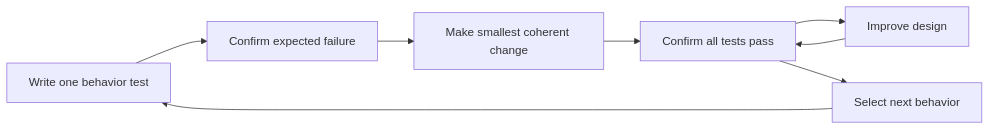
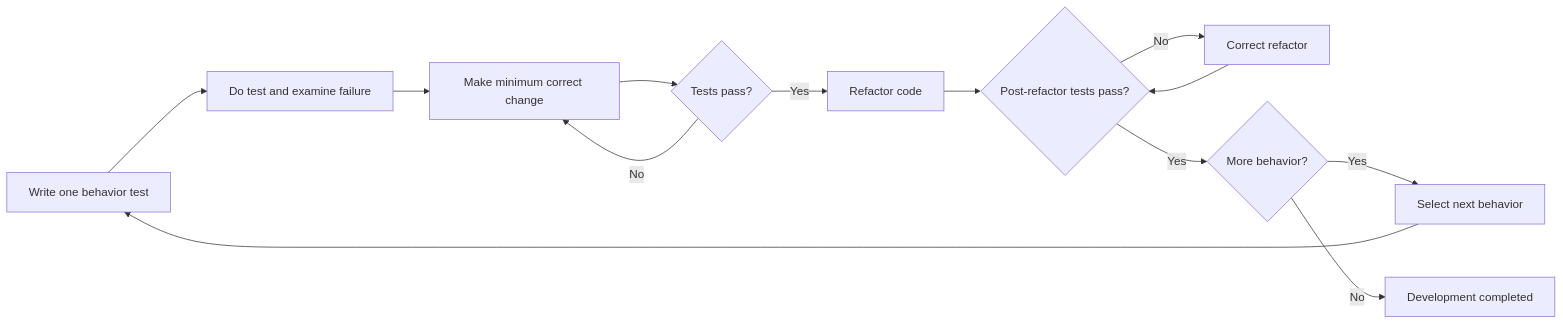
The diagram in docs/principles/details/p091-test-driven-development.md (HomericIntelligence/Athena), drawn with Mermaid before and after one commit. The commit also changed other lines of this file and 91 other files, not shown here.

````diff
--- a/docs/principles/details/p091-test-driven-development.md
+++ b/docs/principles/details/p091-test-driven-development.md
@@ -38,10 +39,15 @@
 ```mermaid
 flowchart LR
-    A["Write one behavior test"] --> B["Confirm expected failure"]
-    B --> C["Make smallest coherent change"]
-    C --> D["Confirm all tests pass"]
-    D --> E["Improve design"]
-    E --> D
-    D --> F["Select next behavior"]
+    A["Write one behavior test"] --> B["Do test and examine failure"]
+    B --> C["Make minimum correct change"]
+    C --> D{"Tests pass?"}
+    D -->|No| C
+    D -->|Yes| E["Refactor code"]
+    E --> G{"Post-refactor tests pass?"}
+    G -->|No| H["Correct refactor"]
+    H --> G
+    G -->|Yes| I{"More behavior?"}
+    I -->|Yes| F["Select next behavior"]
     F --> A
+    I -->|No| J["Development completed"]
 ```
````
